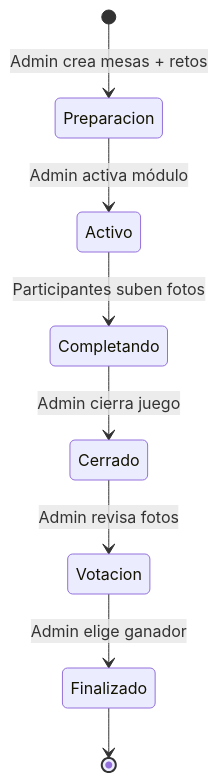
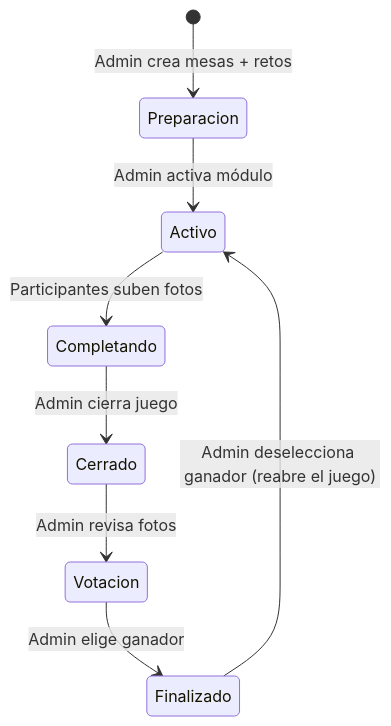
The tenth of 12 diagrams in README.md (juniornff/wedding-photo-manager), drawn with Mermaid before and after one commit. The commit also changed other lines of this file and 3 other files, not shown here.

````diff
--- a/README.md
+++ b/README.md
@@ -359,10 +396,10 @@
 ```mermaid
 stateDiagram-v2
     [*] --> Preparacion: Admin crea mesas + retos
     Preparacion --> Activo: Admin activa módulo
     Activo --> Completando: Participantes suben fotos
     Completando --> Cerrado: Admin cierra juego
     Cerrado --> Votacion: Admin revisa fotos
     Votacion --> Finalizado: Admin elige ganador
-    Finalizado --> [*]
+    Finalizado --> Activo: Admin deselecciona ganador (reabre el juego)
 ```
````
